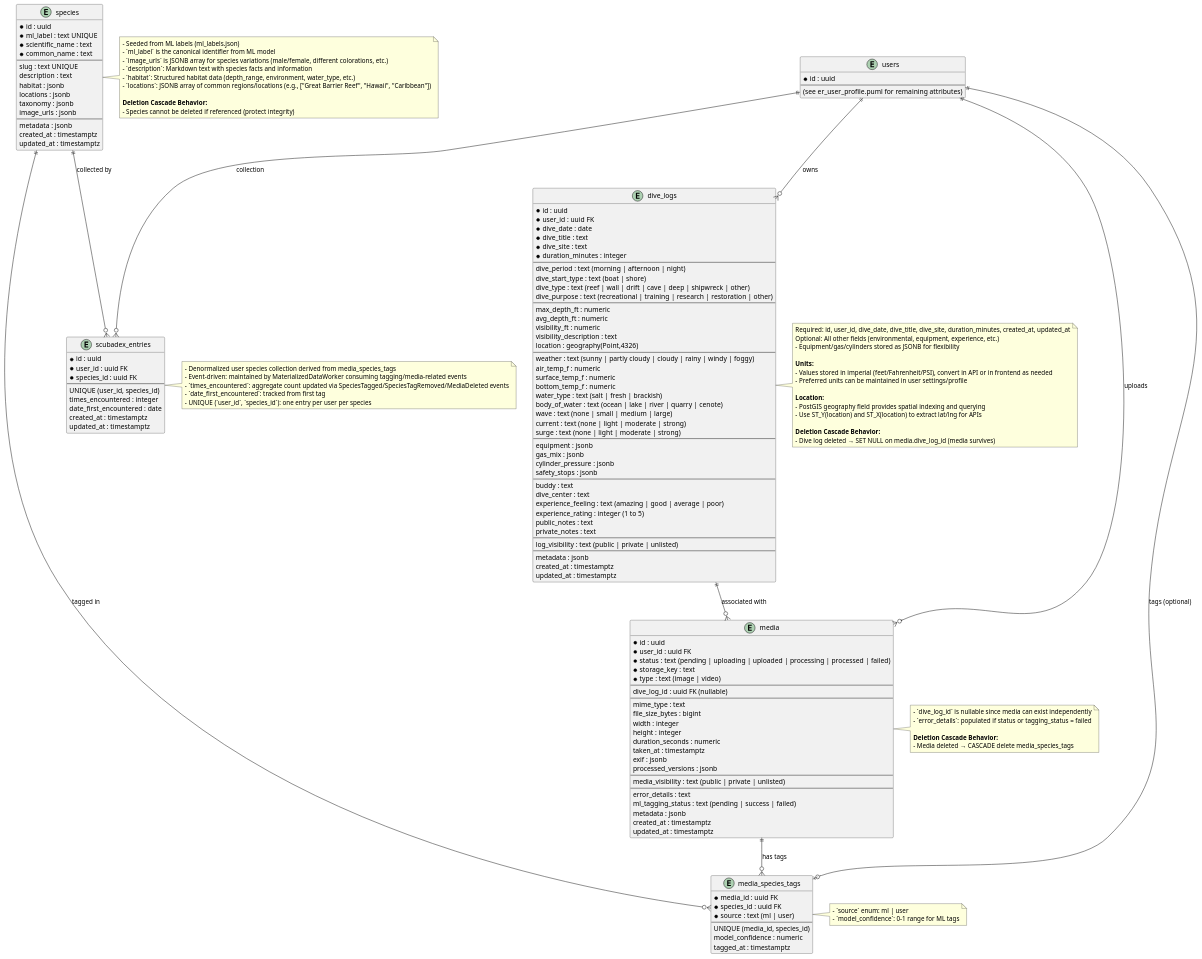
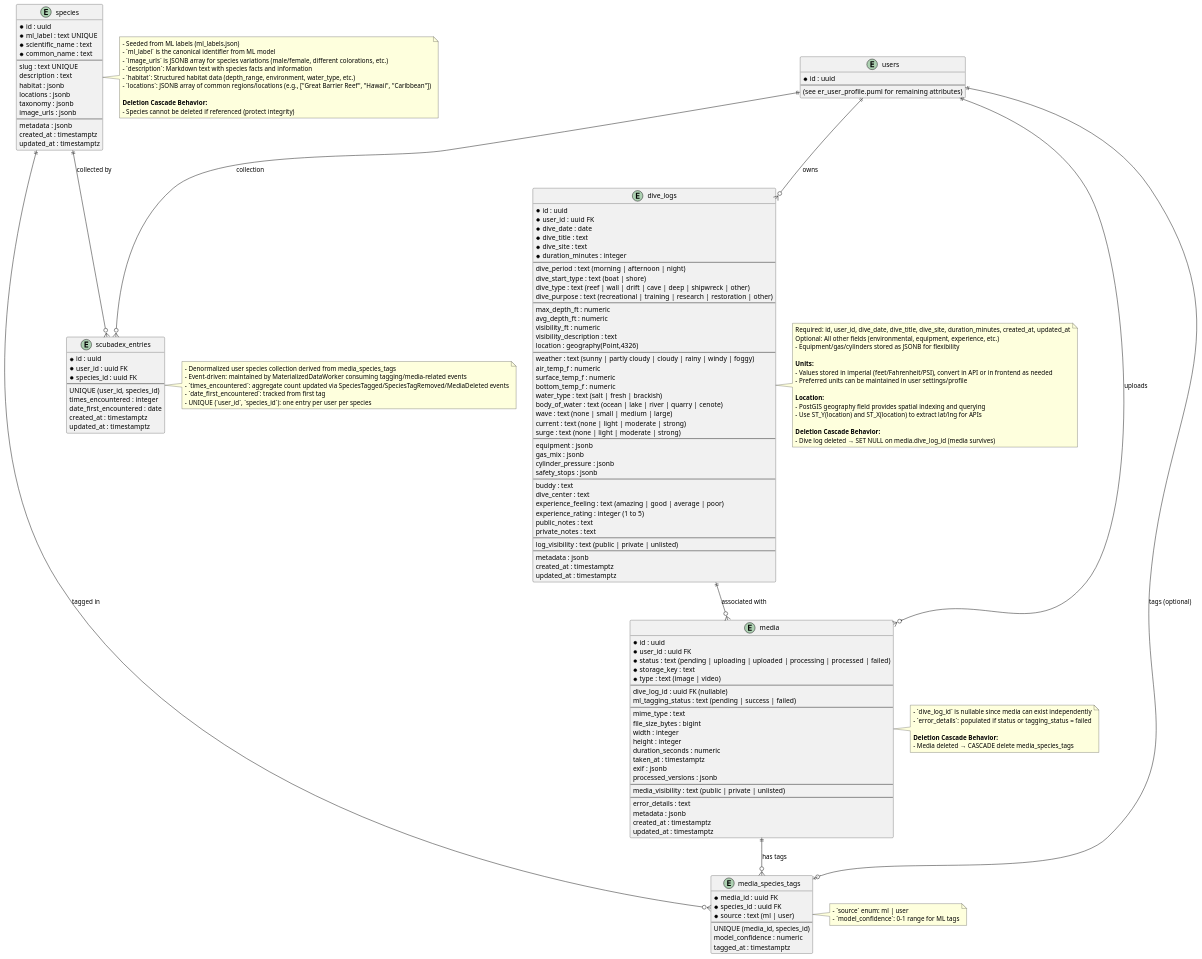
Before and after one commit to MikeF0007/reef-connect: the diagram in designs/db_schema/er_core_data.puml, drawn with PlantUML. The commit also changed 12 other files, not shown here.

```diff
--- a/designs/db_schema/er_core_data.puml
+++ b/designs/db_schema/er_core_data.puml
@@ -1,198 +1,198 @@
 @startuml
 ' Core Data ER diagram: dive_logs, media, species, tags
 
 entity "users" as users {
   * id : uuid
   --
   (see er_user_profile.puml for remaining attributes)
 }
 
 entity "dive_logs" as dive_logs {
   * id : uuid
   * user_id : uuid FK
   * dive_date : date
   * dive_title : text
   * dive_site : text
   * duration_minutes : integer
   --
   ' Dive Basics
   dive_period : text (morning | afternoon | night)
   dive_start_type : text (boat | shore)
   dive_type : text (reef | wall | drift | cave | deep | shipwreck | other)
   dive_purpose : text (recreational | training | research | restoration | other)
   --
   ' Measurements
   max_depth_ft : numeric
   avg_depth_ft : numeric
   visibility_ft : numeric
   visibility_description : text
   location : geography(Point,4326)
   --
   ' Environmental
   weather : text (sunny | partly cloudy | cloudy | rainy | windy | foggy)
   air_temp_f : numeric
   surface_temp_f : numeric
   bottom_temp_f : numeric
   water_type : text (salt | fresh | brackish)
   body_of_water : text (ocean | lake | river | quarry | cenote)
   wave : text (none | small | medium | large)
   current : text (none | light | moderate | strong)
   surge : text (none | light | moderate | strong)
   --
   ' Equipment
   equipment : jsonb
   gas_mix : jsonb
   cylinder_pressure : jsonb
   safety_stops : jsonb
   --
   ' People/Experience
   buddy : text
   dive_center : text
   experience_feeling : text (amazing | good | average | poor)
   experience_rating : integer (1 to 5)
   public_notes : text
   private_notes : text
   --
   ' Visibility
   log_visibility : text (public | private | unlisted)
   --
   ' Meta
-  metadata : jsonb
+metadata : jsonb
   created_at : timestamptz
   updated_at : timestamptz
 }
 
 entity "media" as media {
   * id : uuid
   * user_id : uuid FK
   * status : text (pending | uploading | uploaded | processing | processed | failed)
   * storage_key : text
   * type : text (image | video)
   --
   ' Associations
   dive_log_id : uuid FK (nullable)
+  ml_tagging_status : text (pending | success | failed)
   --
   ' Media Details
   mime_type : text
   file_size_bytes : bigint
   width : integer
   height : integer
   duration_seconds : numeric
   taken_at : timestamptz
   exif : jsonb
   processed_versions : jsonb
   --
   ' Visibility
   media_visibility : text (public | private | unlisted)
   --
   ' Meta
   error_details : text
-  ml_tagging_status : text (pending | success | failed)
   metadata : jsonb
   created_at : timestamptz
   updated_at : timestamptz
 }
 
 entity "species" as species {
   * id : uuid
   * ml_label : text UNIQUE
   * scientific_name : text
   * common_name : text
   --
   ' Species Details
   slug : text UNIQUE
   description : text
   habitat : jsonb
   locations : jsonb
   taxonomy : jsonb
   image_urls : jsonb
   --
-  ' Visibility
+  ' Meta
   metadata : jsonb
   created_at : timestamptz
   updated_at : timestamptz
 }
 
 entity "media_species_tags" as tags {
   * media_id : uuid FK
   * species_id : uuid FK
   * source : text (ml | user)
   --
   UNIQUE (media_id, species_id)
   model_confidence : numeric
   tagged_at : timestamptz
 }
 
 entity "scubadex_entries" as scubadex {
   * id : uuid
   * user_id : uuid FK
   * species_id : uuid FK
   --
   UNIQUE (user_id, species_id)
   times_encountered : integer
   date_first_encountered : date
   created_at : timestamptz
   updated_at : timestamptz
 }
 
 ' Relationships
 users ||--o{ dive_logs : "owns"
 users ||--o{ media : "uploads"
 dive_logs ||--o{ media : "associated with"
 media ||--o{ tags : "has tags"
 species ||--o{ tags : "tagged in"
 users ||--o| tags : "tags (optional)"
 users ||--o{ scubadex : "collection"
 species ||--o{ scubadex : "collected by"
 
 note right of dive_logs
   Required: id, user_id, dive_date, dive_title, dive_site, duration_minutes, created_at, updated_at
   Optional: All other fields (environmental, equipment, experience, etc.)
   - Equipment/gas/cylinders stored as JSONB for flexibility
 
   **Units:**
   - Values stored in imperial (feet/Fahrenheit/PSI), convert in API or in frontend as needed
   - Preferred units can be maintained in user settings/profile
 
   **Location:**
   - PostGIS geography field provides spatial indexing and querying
   - Use ST_Y(location) and ST_X(location) to extract lat/lng for APIs
 
   **Deletion Cascade Behavior:**
   - Dive log deleted → SET NULL on media.dive_log_id (media survives)
 end note
 
 note right of media
   - `dive_log_id` is nullable since media can exist independently
   - `error_details`: populated if status or tagging_status = failed
 
   **Deletion Cascade Behavior:**
   - Media deleted → CASCADE delete media_species_tags
 end note
 
 note right of species
   - Seeded from ML labels (ml_labels.json)
   - `ml_label` is the canonical identifier from ML model
   - `image_urls` is JSONB array for species variations (male/female, different colorations, etc.)
   - `description`: Markdown text with species facts and information
   - `habitat`: Structured habitat data (depth_range, environment, water_type, etc.)
   - `locations`: JSONB array of common regions/locations (e.g., ["Great Barrier Reef", "Hawaii", "Caribbean"])
 
   **Deletion Cascade Behavior:**
   - Species cannot be deleted if referenced (protect integrity)
 end note
 
 note right of tags
   - `source` enum: ml | user
   - `model_confidence`: 0-1 range for ML tags
 end note
 
 note right of scubadex
   - Denormalized user species collection derived from media_species_tags
   - Event-driven: maintained by MaterializedDataWorker consuming tagging/media-related events
   - `times_encountered`: aggregate count updated via SpeciesTagged/SpeciesTagRemoved/MediaDeleted events
   - `date_first_encountered`: tracked from first tag
   - UNIQUE (`user_id`, `species_id`): one entry per user per species
 end note
 
 @enduml
```
